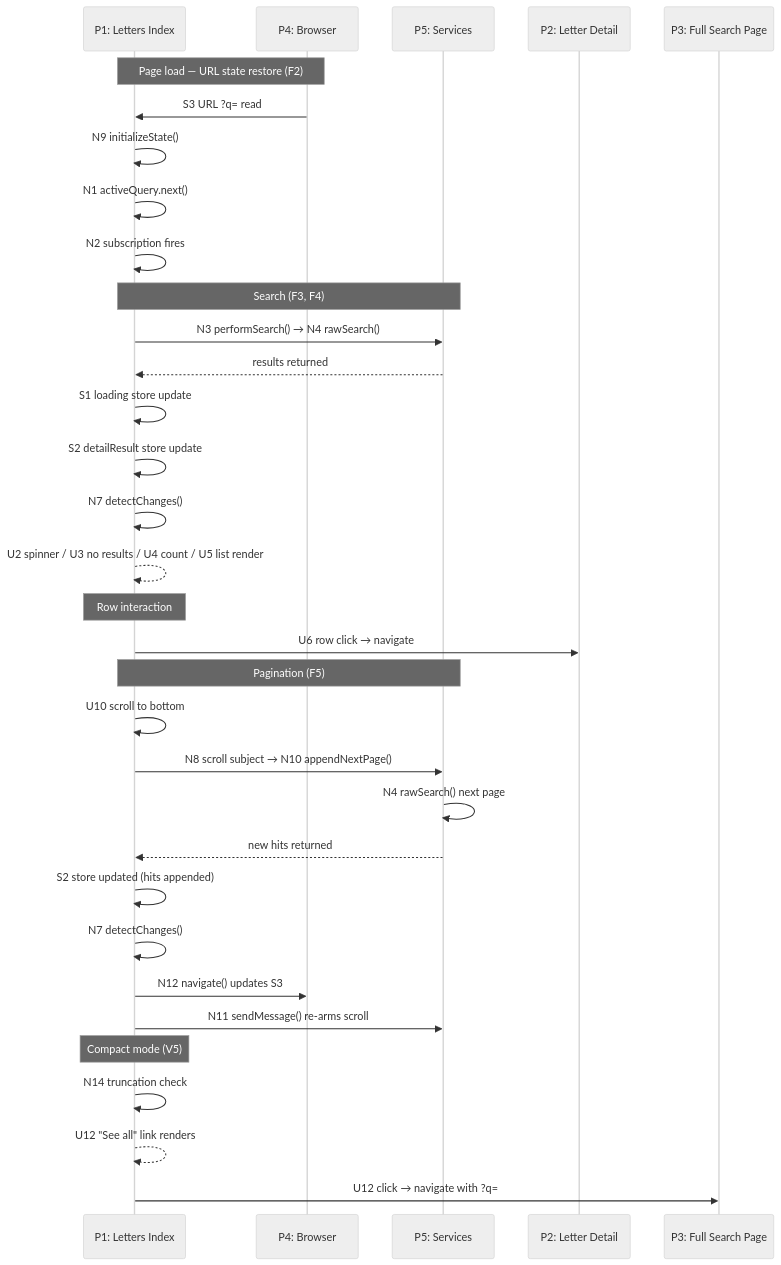
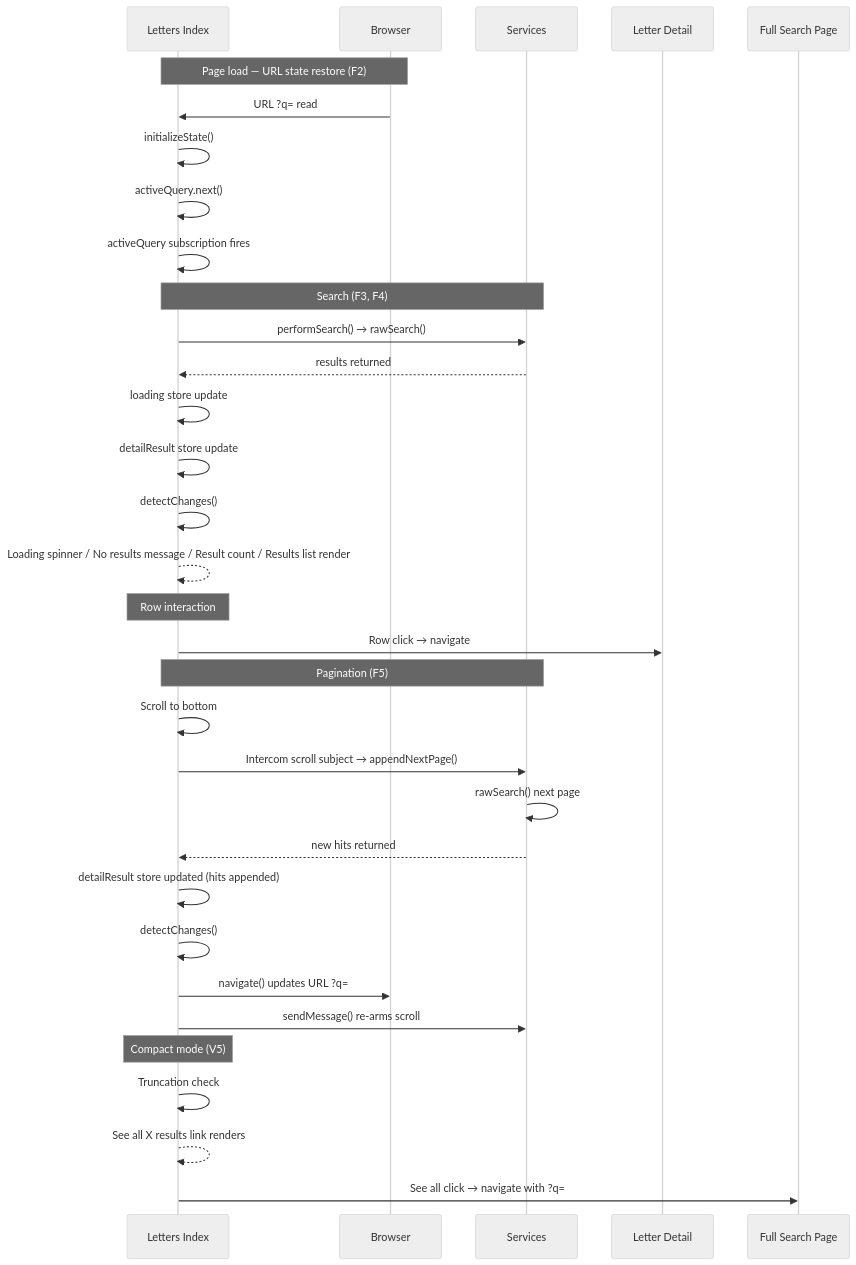
The fourth of 4 diagrams in breadboarding/EXAMPLES.md (nosakhare/shaping-skills), drawn with Mermaid (neutral theme) before and after one commit. The commit also changed other lines of this file and 4 other files, not shown here.

````diff
--- a/breadboarding/EXAMPLES.md
+++ b/breadboarding/EXAMPLES.md
@@ -246,40 +246,40 @@
 ```mermaid
 sequenceDiagram
-    participant P1 as P1: Letters Index
-    participant P4 as P4: Browser
-    participant P5 as P5: Services
-    participant P2 as P2: Letter Detail
-    participant P3 as P3: Full Search Page
+    participant Index as Letters Index
+    participant Browser as Browser
+    participant Services as Services
+    participant Detail as Letter Detail
+    participant FullSearch as Full Search Page
 
-    Note over P4,P1: Page load — URL state restore (F2)
-    P4->>P1: S3 URL ?q= read
-    P1->>P1: N9 initializeState()
-    P1->>P1: N1 activeQuery.next()
-    P1->>P1: N2 subscription fires
+    Note over Browser,Index: Page load — URL state restore (F2)
+    Browser->>Index: URL ?q= read
+    Index->>Index: initializeState()
+    Index->>Index: activeQuery.next()
+    Index->>Index: activeQuery subscription fires
 
-    Note over P1,P5: Search (F3, F4)
-    P1->>P5: N3 performSearch() → N4 rawSearch()
-    P5-->>P1: results returned
-    P1->>P1: S1 loading store update
-    P1->>P1: S2 detailResult store update
-    P1->>P1: N7 detectChanges()
-    P1-->>P1: U2 spinner / U3 no results / U4 count / U5 list render
+    Note over Index,Services: Search (F3, F4)
+    Index->>Services: performSearch() → rawSearch()
+    Services-->>Index: results returned
+    Index->>Index: loading store update
+    Index->>Index: detailResult store update
+    Index->>Index: detectChanges()
+    Index-->>Index: Loading spinner / No results message / Result count / Results list render
 
-    Note over P1: Row interaction
-    P1->>P2: U6 row click → navigate
+    Note over Index: Row interaction
+    Index->>Detail: Row click → navigate
 
-    Note over P1,P5: Pagination (F5)
-    P1->>P1: U10 scroll to bottom
-    P1->>P5: N8 scroll subject → N10 appendNextPage()
-    P5->>P5: N4 rawSearch() next page
-    P5-->>P1: new hits returned
-    P1->>P1: S2 store updated (hits appended)
-    P1->>P1: N7 detectChanges()
-    P1->>P4: N12 navigate() updates S3
-    P1->>P5: N11 sendMessage() re-arms scroll
+    Note over Index,Services: Pagination (F5)
+    Index->>Index: Scroll to bottom
+    Index->>Services: Intercom scroll subject → appendNextPage()
+    Services->>Services: rawSearch() next page
+    Services-->>Index: new hits returned
+    Index->>Index: detailResult store updated (hits appended)
+    Index->>Index: detectChanges()
+    Index->>Browser: navigate() updates URL ?q=
+    Index->>Services: sendMessage() re-arms scroll
 
-    Note over P1: Compact mode (V5)
-    P1->>P1: N14 truncation check
-    P1-->>P1: U12 "See all" link renders
-    P1->>P3: U12 click → navigate with ?q=
+    Note over Index: Compact mode (V5)
+    Index->>Index: Truncation check
+    Index-->>Index: See all X results link renders
+    Index->>FullSearch: See all click → navigate with ?q=
 ```
````
